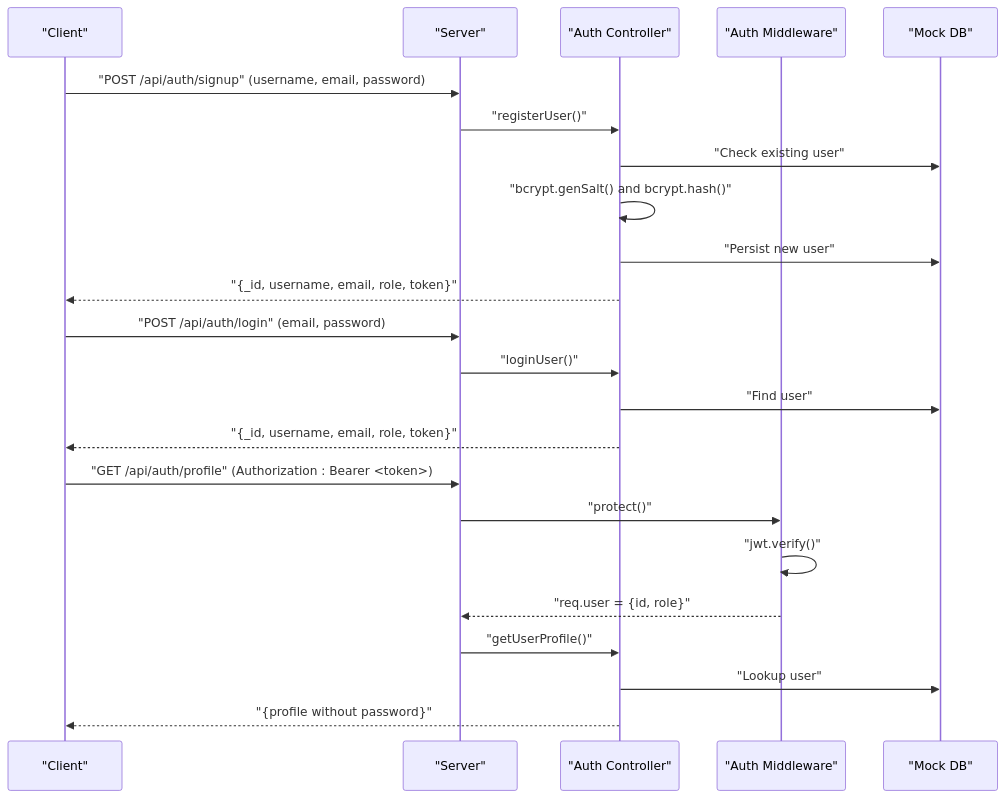
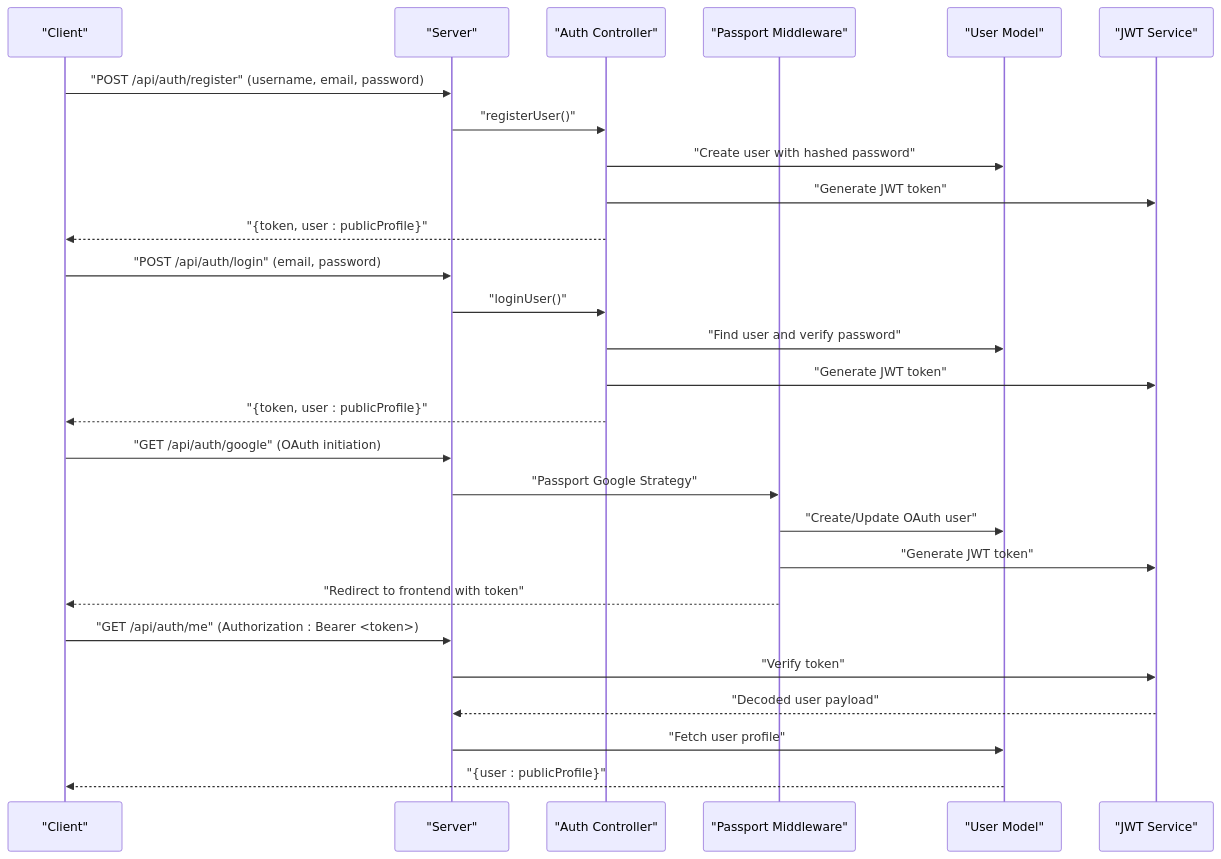
The third of 8 diagrams in .qoder/repowiki/en/content/Authentication and Authorization/Authentication and Authorization.md (ganesh-NB/readsphere), drawn with Mermaid before and after one commit. The commit also changed other lines of this file and 46 other files, not shown here.

````diff
--- a/.qoder/repowiki/en/content/Authentication and Authorization/Authentication and Authorization.md
+++ b/.qoder/repowiki/en/content/Authentication and Authorization/Authentication and Authorization.md
@@ -149,25 +183,29 @@
 ```mermaid
 sequenceDiagram
 participant C as "Client"
 participant S as "Server"
 participant AC as "Auth Controller"
-participant MW as "Auth Middleware"
-participant DB as "Mock DB"
-C->>S : "POST /api/auth/signup" (username, email, password)
+participant PM as "Passport Middleware"
+participant UM as "User Model"
+participant JWT as "JWT Service"
+C->>S : "POST /api/auth/register" (username, email, password)
 S->>AC : "registerUser()"
-AC->>DB : "Check existing user"
-AC->>AC : "bcrypt.genSalt() and bcrypt.hash()"
-AC->>DB : "Persist new user"
-AC-->>C : "{_id, username, email, role, token}"
+AC->>UM : "Create user with hashed password"
+AC->>JWT : "Generate JWT token"
+AC-->>C : "{token, user : publicProfile}"
 C->>S : "POST /api/auth/login" (email, password)
 S->>AC : "loginUser()"
-AC->>DB : "Find user"
-AC-->>C : "{_id, username, email, role, token}"
-C->>S : "GET /api/auth/profile" (Authorization : Bearer <token>)
-S->>MW : "protect()"
-MW->>MW : "jwt.verify()"
-MW-->>S : "req.user = {id, role}"
-S->>AC : "getUserProfile()"
-AC->>DB : "Lookup user"
-AC-->>C : "{profile without password}"
+AC->>UM : "Find user and verify password"
+AC->>JWT : "Generate JWT token"
+AC-->>C : "{token, user : publicProfile}"
+C->>S : "GET /api/auth/google" (OAuth initiation)
+S->>PM : "Passport Google Strategy"
+PM->>UM : "Create/Update OAuth user"
+PM->>JWT : "Generate JWT token"
+PM-->>C : "Redirect to frontend with token"
+C->>S : "GET /api/auth/me" (Authorization : Bearer <token>)
+S->>JWT : "Verify token"
+JWT-->>S : "Decoded user payload"
+S->>UM : "Fetch user profile"
+UM-->>C : "{user : publicProfile}"
 ```
````
